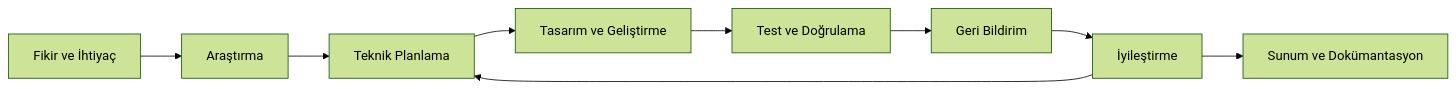
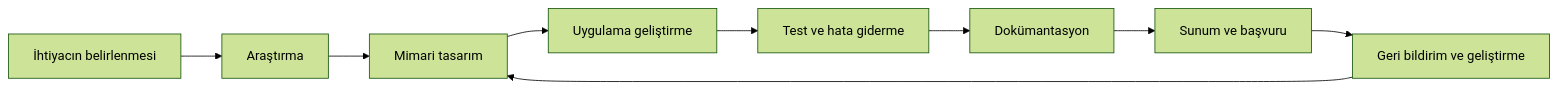
The second of 2 diagrams in TEKNOFESTTEAM.md (TheRottex/VORTEX-YAPAY-ZEKA-ASISTANI), drawn with Mermaid (forest theme) before and after one commit. The commit also changed other lines of this file, not shown here.

````diff
--- a/TEKNOFESTTEAM.md
+++ b/TEKNOFESTTEAM.md
@@ -124,11 +178,14 @@
 ```mermaid
 flowchart LR
-    A[Fikir ve İhtiyaç] --> B[Araştırma]
-    B --> C[Teknik Planlama]
-    C --> D[Tasarım ve Geliştirme]
-    D --> E[Test ve Doğrulama]
-    E --> F[Geri Bildirim]
-    F --> G[İyileştirme]
-    G --> C
-    G --> H[Sunum ve Dokümantasyon]
+    A[İhtiyacın belirlenmesi]
+    B[Araştırma]
+    C[Mimari tasarım]
+    D[Uygulama geliştirme]
+    E[Test ve hata giderme]
+    F[Dokümantasyon]
+    G[Sunum ve başvuru]
+    H[Geri bildirim ve geliştirme]
+
+    A --> B --> C --> D --> E --> F --> G --> H
+    H --> C
 ```
````
